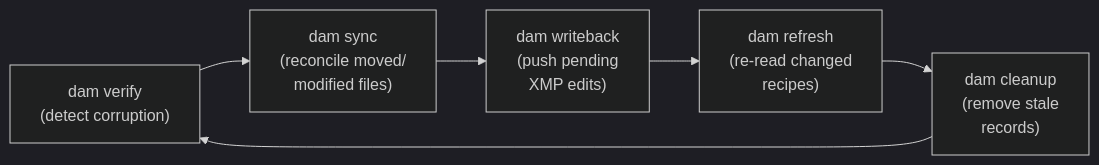
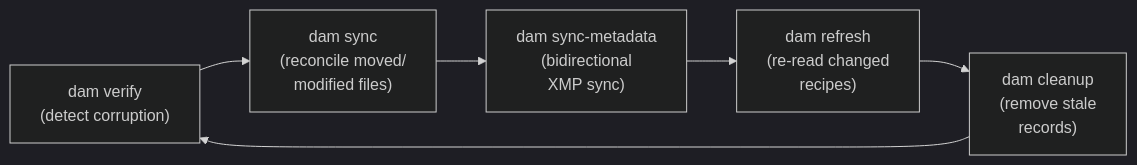
The diagram in doc/manual/user-guide/07-maintenance.md (thoherr/simple-digital-asset-manager), drawn with Mermaid (dark theme) before and after one commit. The commit also changed other lines of this file and 9 other files, not shown here.

First line of the commit message:
Release v2.3.5 — sync-metadata, id: filter, comprehensive derived file cleanup

````diff
--- a/doc/manual/user-guide/07-maintenance.md
+++ b/doc/manual/user-guide/07-maintenance.md
@@ -7,10 +7,10 @@
 ```mermaid
 flowchart LR
     V["dam verify\n(detect corruption)"]
     S["dam sync\n(reconcile moved/\nmodified files)"]
-    W["dam writeback\n(push pending\nXMP edits)"]
+    SM["dam sync-metadata\n(bidirectional\nXMP sync)"]
     R["dam refresh\n(re-read changed\nrecipes)"]
     C["dam cleanup\n(remove stale\nrecords)"]
 
-    V --> S --> W --> R --> C --> V
+    V --> S --> SM --> R --> C --> V
 ```
````
